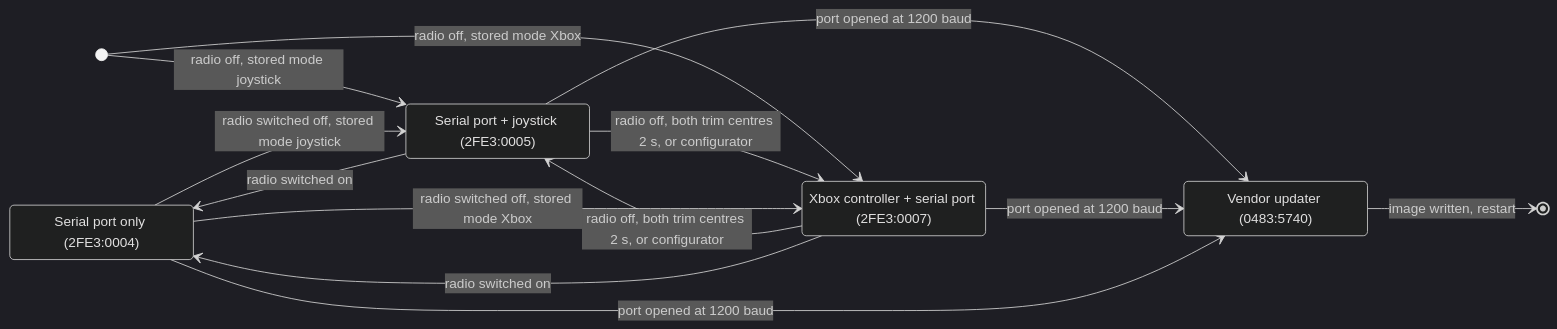
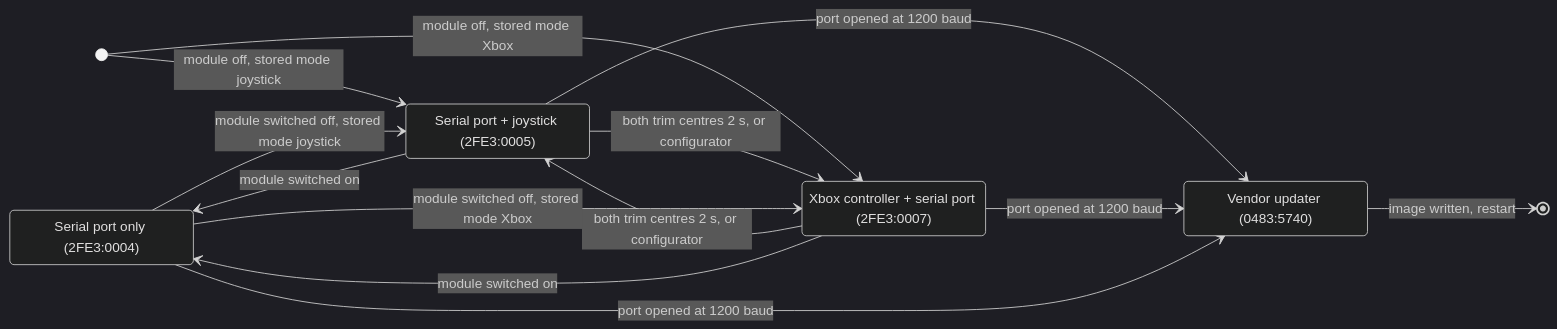
One commit to mvoss96/OpenLiteRadio changed the third of 3 diagrams in docs/ARCHITECTURE.md. Above: the diagram before and after it, drawn with Mermaid (dark theme). The commit also changed other lines of this file and 3 other files, not shown here.

````diff
--- a/docs/ARCHITECTURE.md
+++ b/docs/ARCHITECTURE.md
@@ -244,20 +245,20 @@
 ```mermaid
 stateDiagram-v2
   direction LR
   state "Serial port only (2FE3:0004)" as Ser
   state "Serial port + joystick (2FE3:0005)" as Joy
   state "Xbox controller + serial port (2FE3:0007)" as Xbox
   state "Vendor updater (0483:5740)" as Upd
-  [*] --> Joy: radio off, stored mode joystick
-  [*] --> Xbox: radio off, stored mode Xbox
-  Joy --> Xbox: radio off, both trim centres 2 s, or configurator
-  Xbox --> Joy: radio off, both trim centres 2 s, or configurator
-  Joy --> Ser: radio switched on
-  Xbox --> Ser: radio switched on
-  Ser --> Joy: radio switched off, stored mode joystick
-  Ser --> Xbox: radio switched off, stored mode Xbox
+  [*] --> Joy: module off, stored mode joystick
+  [*] --> Xbox: module off, stored mode Xbox
+  Joy --> Xbox: both trim centres 2 s, or configurator
+  Xbox --> Joy: both trim centres 2 s, or configurator
+  Joy --> Ser: module switched on
+  Xbox --> Ser: module switched on
+  Ser --> Joy: module switched off, stored mode joystick
+  Ser --> Xbox: module switched off, stored mode Xbox
   Joy --> Upd: port opened at 1200 baud
   Xbox --> Upd: port opened at 1200 baud
   Ser --> Upd: port opened at 1200 baud
   Upd --> [*]: image written, restart
 ```
````
